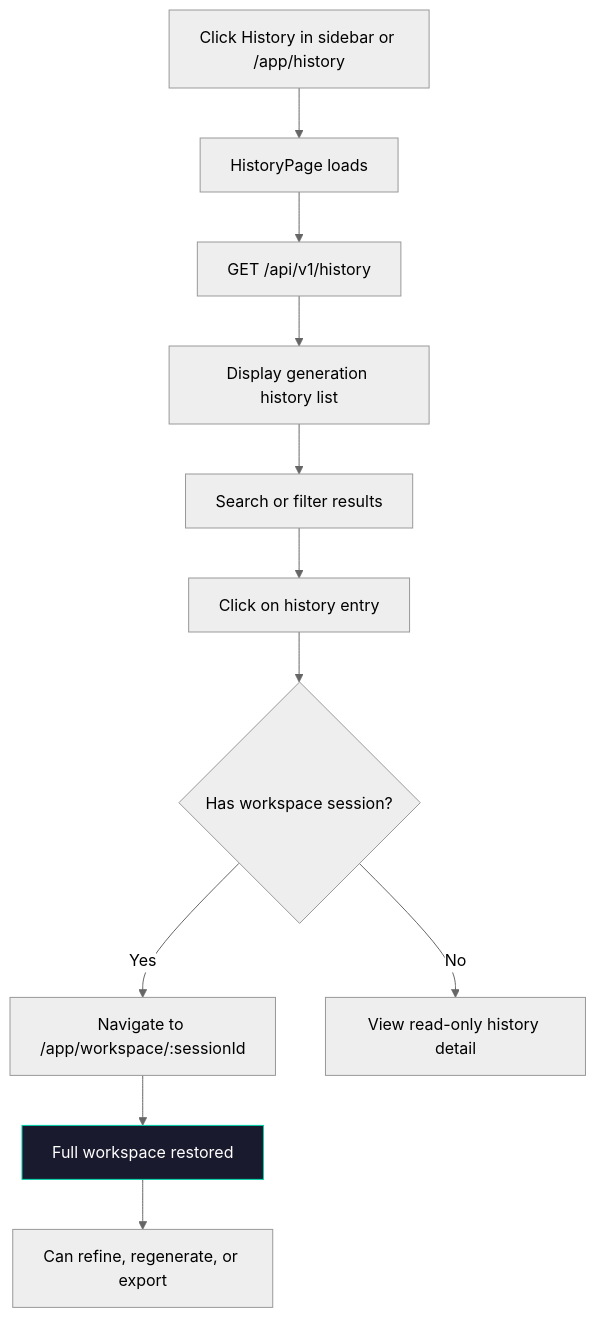
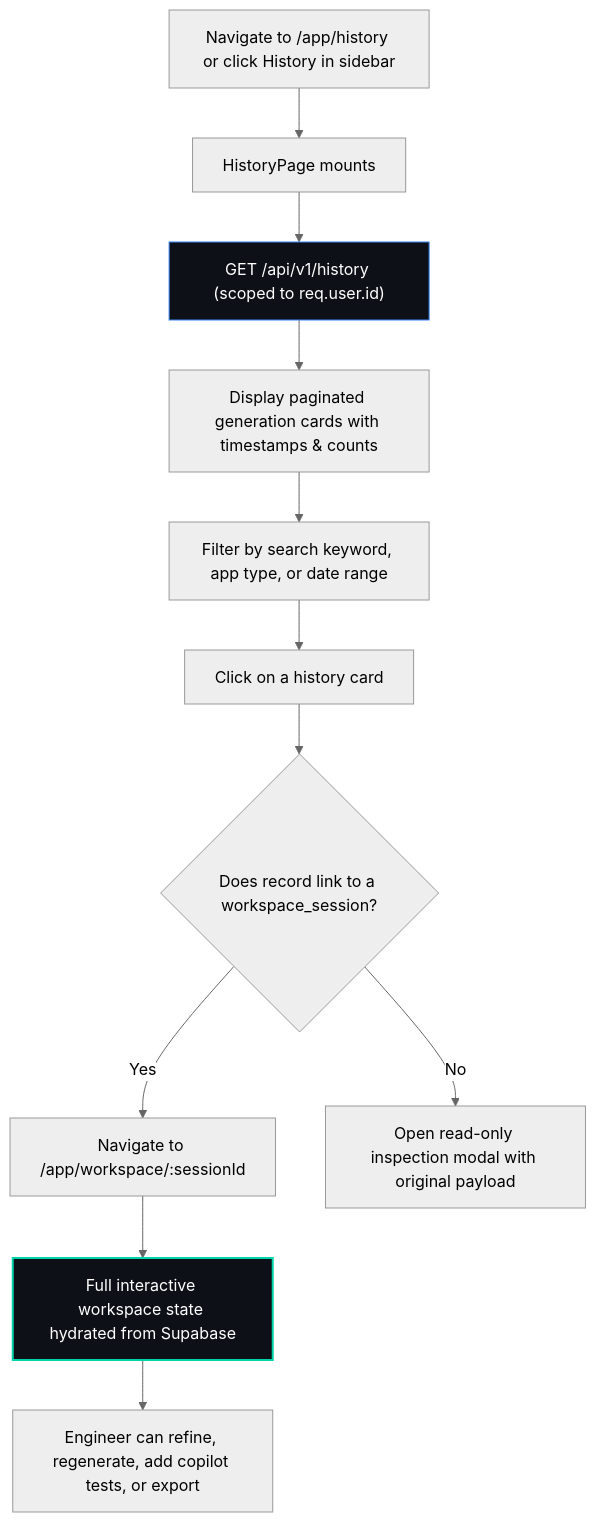
Before and after one commit to KISHOR403/Testnexa-Ai: the seventh of 11 diagrams in docs/USER_FLOWS.md, drawn with Mermaid (neutral theme). The commit also changed other lines of this file and 2 other files, not shown here.

````diff
--- a/docs/USER_FLOWS.md
+++ b/docs/USER_FLOWS.md
@@ -190,15 +211,16 @@
 ```mermaid
 flowchart TD
-    A["Click History in sidebar or /app/history"] --> B["HistoryPage loads"]
-    B --> C["GET /api/v1/history"]
-    C --> D["Display generation history list"]
-    D --> E["Search or filter results"]
-    E --> F["Click on history entry"]
-    F --> G{"Has workspace session?"}
+    A["Navigate to /app/history or click History in sidebar"] --> B["HistoryPage mounts"]
+    B --> C["GET /api/v1/history (scoped to req.user.id)"]
+    C --> D["Display paginated generation cards with timestamps & counts"]
+    D --> E["Filter by search keyword, app type, or date range"]
+    E --> F["Click on a history card"]
+    F --> G{"Does record link to a workspace_session?"}
     G -->|Yes| H["Navigate to /app/workspace/:sessionId"]
-    G -->|No| I["View read-only history detail"]
-    H --> J["Full workspace restored"]
-    J --> K["Can refine, regenerate, or export"]
-    
-    style J fill:#1a1a2e,stroke:#00d4aa,color:#fff
+    G -->|No| I["Open read-only inspection modal with original payload"]
+    H --> J["Full interactive workspace state hydrated from Supabase"]
+    J --> K["Engineer can refine, regenerate, add copilot tests, or export"]
+
+    style C fill:#0d1117,stroke:#3b82f6,color:#fff
+    style J fill:#0d1117,stroke:#00d4aa,stroke-width:2px,color:#fff
 ```
````
